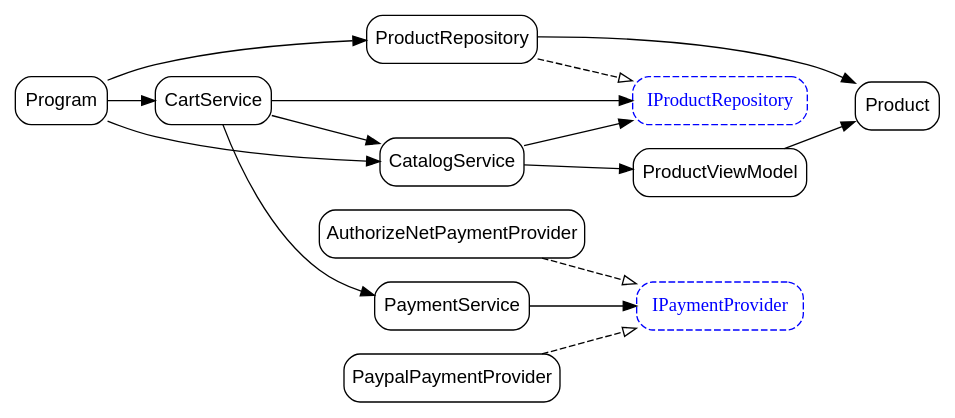
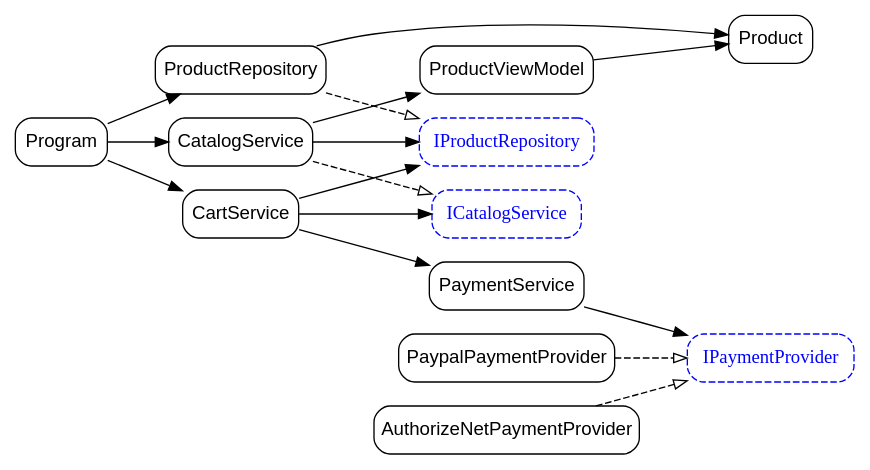
The diagram in class-dependencies.dot (valadas/DependencyInjectionDemo), drawn with Graphviz before and after one commit. The commit also changed 4 other files, not shown here.

Commit message:
Reversed dependencies on CatalogService

```diff
--- a/class-dependencies.dot
+++ b/class-dependencies.dot
@@ -1,30 +1,32 @@
 digraph ClassDependencies {
     rankdir=LR;
     node [shape=box, style=rounded, fontname="Arial"];
         "DependencyInjectionDemo.Services.Catalog.Data.Repositories.IProductRepository" [label="IProductRepository", style="dashed,rounded", fontname="Arial Italic", color="blue", fontcolor="blue"];
     "DependencyInjectionDemo.Services.Payment.Providers.PaypalPaymentProvider" [label="PaypalPaymentProvider"];
     "DependencyInjectionDemo.Services.Payment.Providers.AuthorizeNetPaymentProvider" [label="AuthorizeNetPaymentProvider"];
     "DependencyInjectionDemo.Services.Catalog.Data.ViewModels.ProductViewModel" [label="ProductViewModel"];
     "DependencyInjectionDemo.Program" [label="Program"];
     "DependencyInjectionDemo.Services.Payment.Providers.IPaymentProvider" [label="IPaymentProvider", style="dashed,rounded", fontname="Arial Italic", color="blue", fontcolor="blue"];
     "DependencyInjectionDemo.Services.Catalog.Data.Entiities.Product" [label="Product"];
     "DependencyInjectionDemo.Services.Payment.PaymentService" [label="PaymentService"];
     "DependencyInjectionDemo.Services.Catalog.Data.Repositories.ProductRepository" [label="ProductRepository"];
     "DependencyInjectionDemo.Services.Cart.CartService" [label="CartService"];
+    "DependencyInjectionDemo.Services.Catalog.ICatalogService" [label="ICatalogService", style="dashed,rounded", fontname="Arial Italic", color="blue", fontcolor="blue"];
     "DependencyInjectionDemo.Services.Catalog.CatalogService" [label="CatalogService"];
 
     "DependencyInjectionDemo.Services.Catalog.Data.ViewModels.ProductViewModel" -> "DependencyInjectionDemo.Services.Catalog.Data.Entiities.Product";
     "DependencyInjectionDemo.Program" -> "DependencyInjectionDemo.Services.Catalog.Data.Repositories.ProductRepository";
     "DependencyInjectionDemo.Program" -> "DependencyInjectionDemo.Services.Catalog.CatalogService";
     "DependencyInjectionDemo.Program" -> "DependencyInjectionDemo.Services.Cart.CartService";
     "DependencyInjectionDemo.Services.Payment.PaymentService" -> "DependencyInjectionDemo.Services.Payment.Providers.IPaymentProvider";
     "DependencyInjectionDemo.Services.Catalog.Data.Repositories.ProductRepository" -> "DependencyInjectionDemo.Services.Catalog.Data.Entiities.Product";
     "DependencyInjectionDemo.Services.Cart.CartService" -> "DependencyInjectionDemo.Services.Catalog.Data.Repositories.IProductRepository";
-    "DependencyInjectionDemo.Services.Cart.CartService" -> "DependencyInjectionDemo.Services.Catalog.CatalogService";
+    "DependencyInjectionDemo.Services.Cart.CartService" -> "DependencyInjectionDemo.Services.Catalog.ICatalogService";
     "DependencyInjectionDemo.Services.Cart.CartService" -> "DependencyInjectionDemo.Services.Payment.PaymentService";
     "DependencyInjectionDemo.Services.Catalog.CatalogService" -> "DependencyInjectionDemo.Services.Catalog.Data.Repositories.IProductRepository";
     "DependencyInjectionDemo.Services.Catalog.CatalogService" -> "DependencyInjectionDemo.Services.Catalog.Data.ViewModels.ProductViewModel";
     "DependencyInjectionDemo.Services.Payment.Providers.PaypalPaymentProvider" -> "DependencyInjectionDemo.Services.Payment.Providers.IPaymentProvider" [arrowhead="empty", style="dashed"];
     "DependencyInjectionDemo.Services.Payment.Providers.AuthorizeNetPaymentProvider" -> "DependencyInjectionDemo.Services.Payment.Providers.IPaymentProvider" [arrowhead="empty", style="dashed"];
     "DependencyInjectionDemo.Services.Catalog.Data.Repositories.ProductRepository" -> "DependencyInjectionDemo.Services.Catalog.Data.Repositories.IProductRepository" [arrowhead="empty", style="dashed"];
+    "DependencyInjectionDemo.Services.Catalog.CatalogService" -> "DependencyInjectionDemo.Services.Catalog.ICatalogService" [arrowhead="empty", style="dashed"];
 }
```
